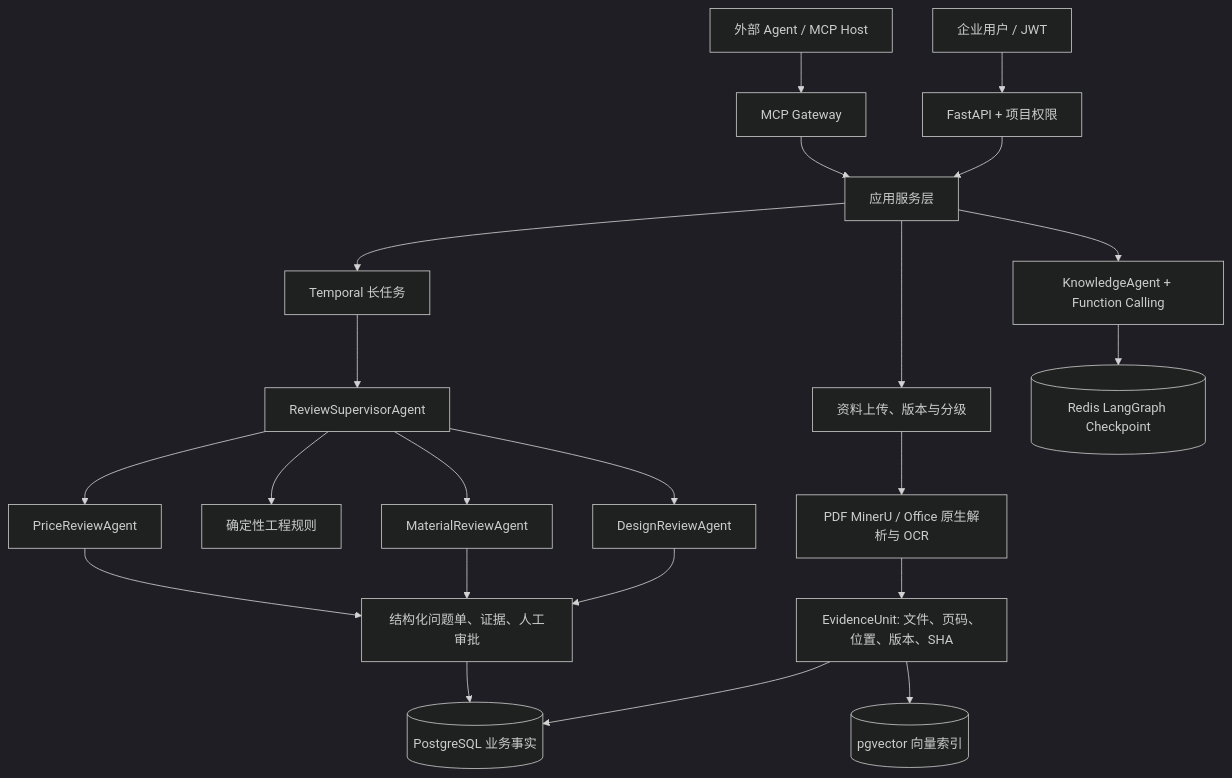
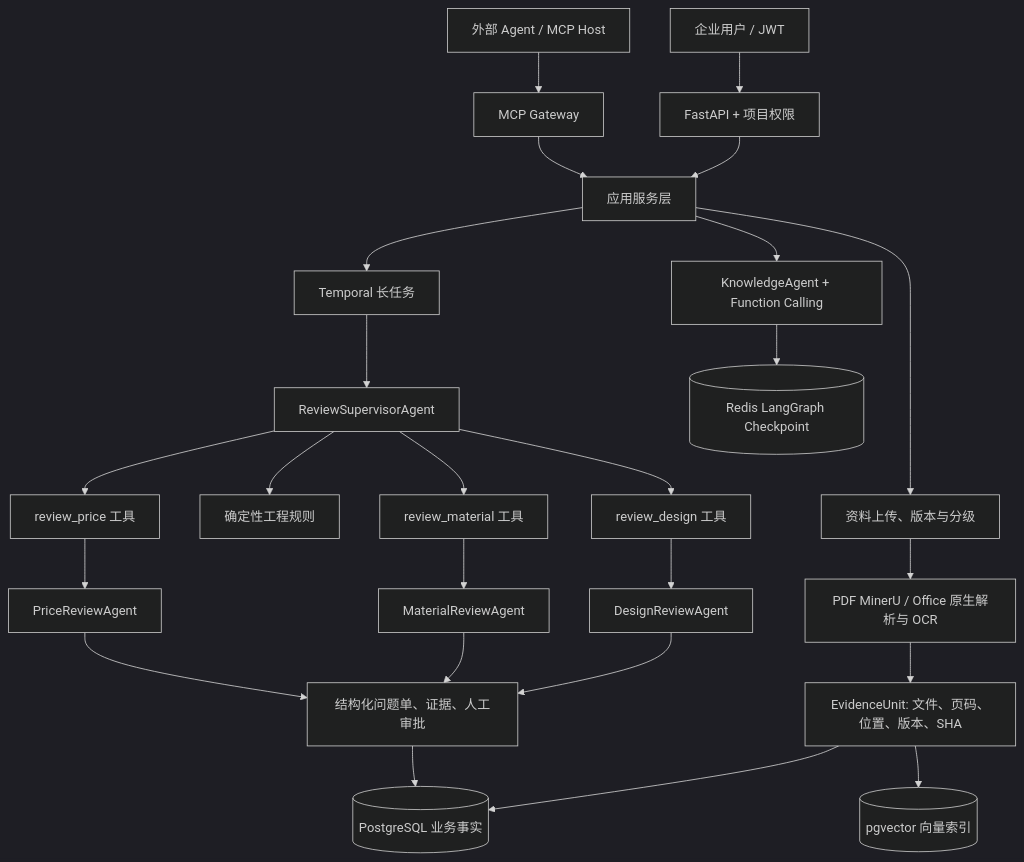
The diagram in docs/architecture.md (xbzz1018/membrane-engineering-knowledge-agent), drawn with Mermaid (dark theme) before and after one commit. The commit also changed other lines of this file and 136 other files, not shown here.

````diff
--- a/docs/architecture.md
+++ b/docs/architecture.md
@@ -5,24 +7,27 @@
 ```mermaid
 flowchart TD
     U[企业用户 / JWT] --> API[FastAPI + 项目权限]
     H[外部 Agent / MCP Host] --> MCP[MCP Gateway]
     API --> APP[应用服务层]
     MCP --> APP
     APP --> DOC[资料上传、版本与分级]
     DOC --> P[PDF MinerU / Office 原生解析与 OCR]
     P --> E[EvidenceUnit: 文件、页码、位置、版本、SHA]
     E --> PG[(PostgreSQL 业务事实)]
     E --> V[(pgvector 向量索引)]
     APP --> KA[KnowledgeAgent + Function Calling]
     APP --> T[Temporal 长任务]
     T --> S[ReviewSupervisorAgent]
     S --> R[确定性工程规则]
-    S --> D[DesignReviewAgent]
-    S --> M[MaterialReviewAgent]
-    S --> C[PriceReviewAgent]
+    S --> DT[review_design 工具]
+    S --> MT[review_material 工具]
+    S --> CT[review_price 工具]
+    DT --> D[DesignReviewAgent]
+    MT --> M[MaterialReviewAgent]
+    CT --> C[PriceReviewAgent]
     D --> I[结构化问题单、证据、人工审批]
     M --> I
     C --> I
     I --> PG
     KA --> RC[(Redis LangGraph Checkpoint)]
 ```
````
